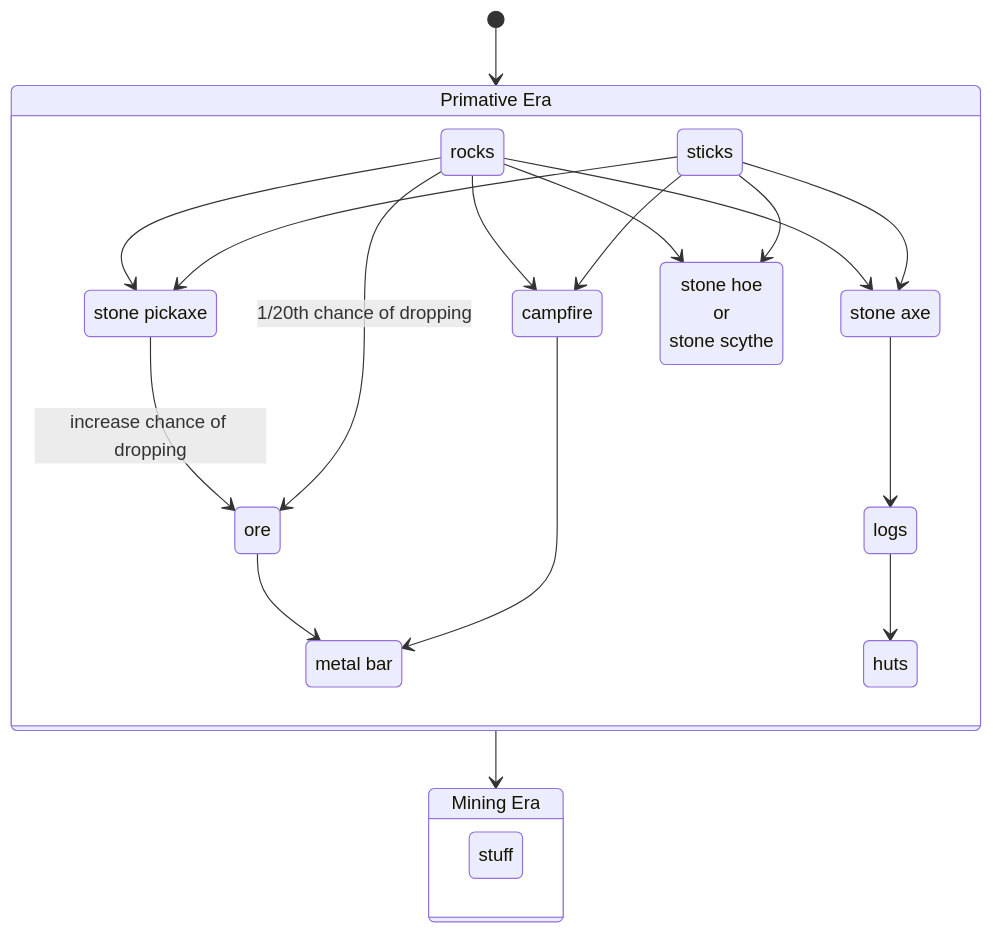
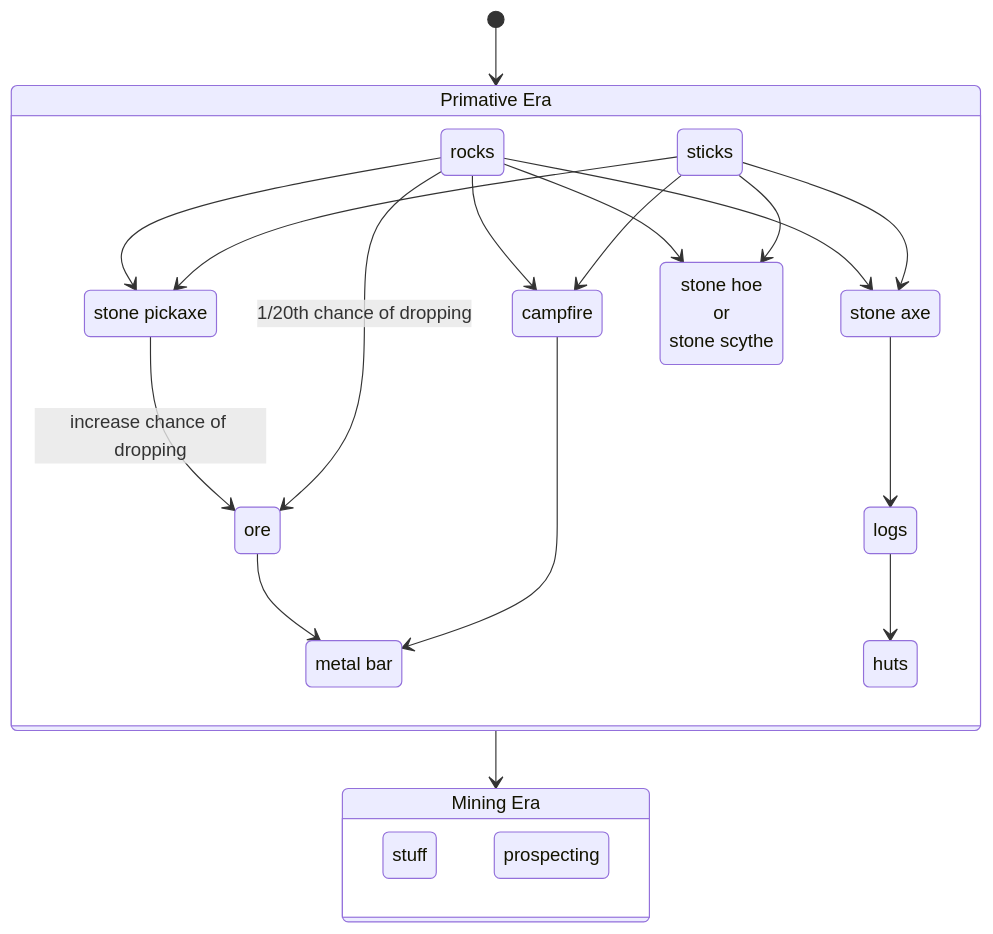
The second of 2 diagrams in FLOWCHART.md (ethan-w-foshee/TerraStella), drawn with Mermaid before and after one commit.

Commit message:
Add a type of mining

````diff
--- a/FLOWCHART.md
+++ b/FLOWCHART.md
@@ -64,47 +64,48 @@
 ```mermaid
 stateDiagram-v2
 
  1  : Primative Era
  2  : Mining Era
 
  state 1 {
     1.1a : sticks
     1.1b : rocks
     1.2a : ore
     1.2b : campfire
     1.4a : metal bar
     1.4b : huts
     1.2d : stone axe
     1.3a : logs
     1.2e : stone pickaxe
     1.2f : stone hoe<br> or <br> stone scythe
 
     %% Main storyline
     1.1b --> 1.2a : 1/20th chance of dropping
     1.2b --> 1.4a
     1.2a --> 1.4a
 
     %% Different things that use both sticks and rocks
     1.1a --> 1.2b
     1.1b --> 1.2b
     1.1a --> 1.2d
     1.1b --> 1.2d
     1.1a --> 1.2e
     1.1b --> 1.2e
     1.1a --> 1.2f
     1.1b --> 1.2f
 
     %% Add-ons
     1.2d --> 1.3a
     1.3a --> 1.4b
     1.2e --> 1.2a : increase chance of dropping
  }
 
  state 2 {
     2.1a : stuff
+    2.1b : prospecting
 
  }
 
  [*] --> 1
  1 --> 2
 ```
````
